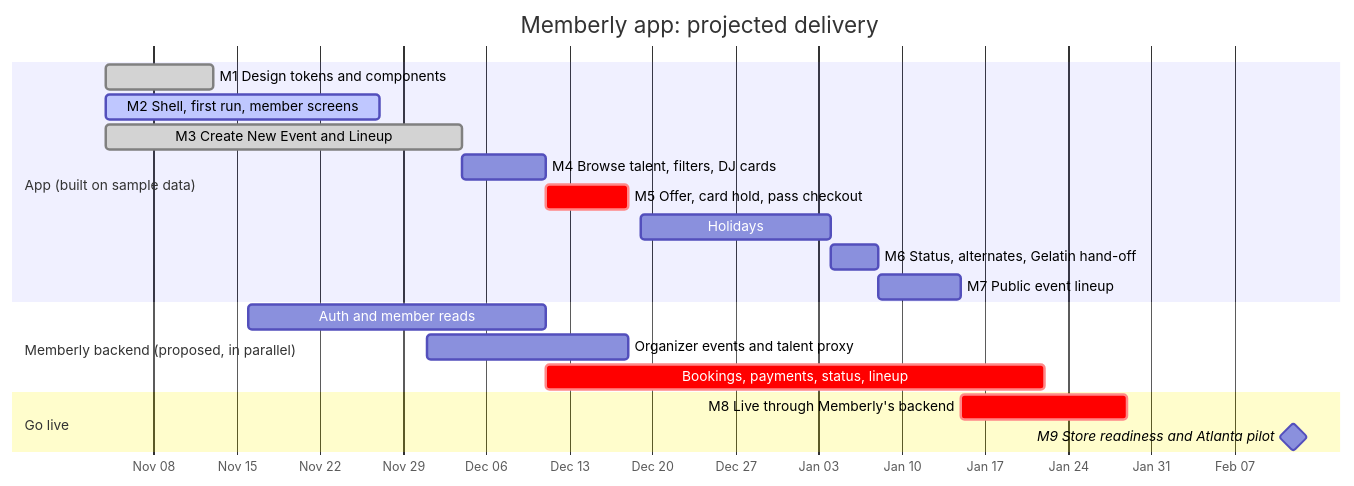
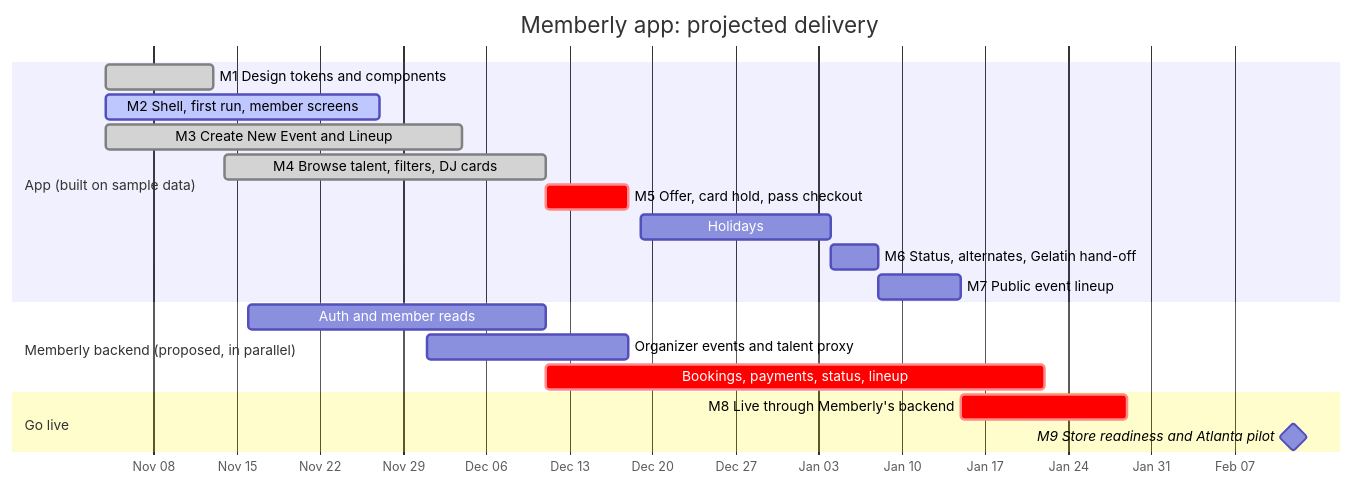
Before and after one commit to gelatinbookings/memberlyapp: the diagram in README.md, drawn with Mermaid. The commit also changed other lines of this file and 46 other files, not shown here.

First line of the commit message:
Add M4: browse talent, filters, DJ profile and edge states

````diff
--- a/README.md
+++ b/README.md
@@ -31,26 +31,26 @@
 ```mermaid
 gantt
     title Memberly app: projected delivery
     dateFormat YYYY-MM-DD
     axisFormat %b %d
     todayMarker stroke-width:3px,stroke:#9333EA
 
     section App (built on sample data)
     M1 Design tokens and components          :done,   m1, 2026-11-04, 2026-11-13
     M2 Shell, first run, member screens      :active, m2, 2026-11-04, 2026-11-27
     M3 Create New Event and Lineup           :done,   m3, 2026-11-04, 2026-12-04
-    M4 Browse talent, filters, DJ cards      :        m4, 2026-12-04, 2026-12-11
+    M4 Browse talent, filters, DJ cards      :done,   m4, 2026-11-14, 2026-12-11
     M5 Offer, card hold, pass checkout       :crit,   m5, 2026-12-11, 2026-12-18
     Holidays                                 :        hol, 2026-12-19, 2027-01-04
     M6 Status, alternates, Gelatin hand-off  :        m6, 2027-01-04, 2027-01-08
     M7 Public event lineup                   :        m7, 2027-01-08, 2027-01-15
 
     section Memberly backend (proposed, in parallel)
     Auth and member reads                    :        b1, 2026-11-16, 2026-12-11
     Organizer events and talent proxy        :        b2, 2026-12-01, 2026-12-18
     Bookings, payments, status, lineup       :crit,   b3, 2026-12-11, 2027-01-22
 
     section Go live
     M8 Live through Memberly's backend       :crit,   m8, 2027-01-15, 2027-01-29
     M9 Store readiness and Atlanta pilot     :milestone, m9, 2027-02-12, 0d
 ```
````
